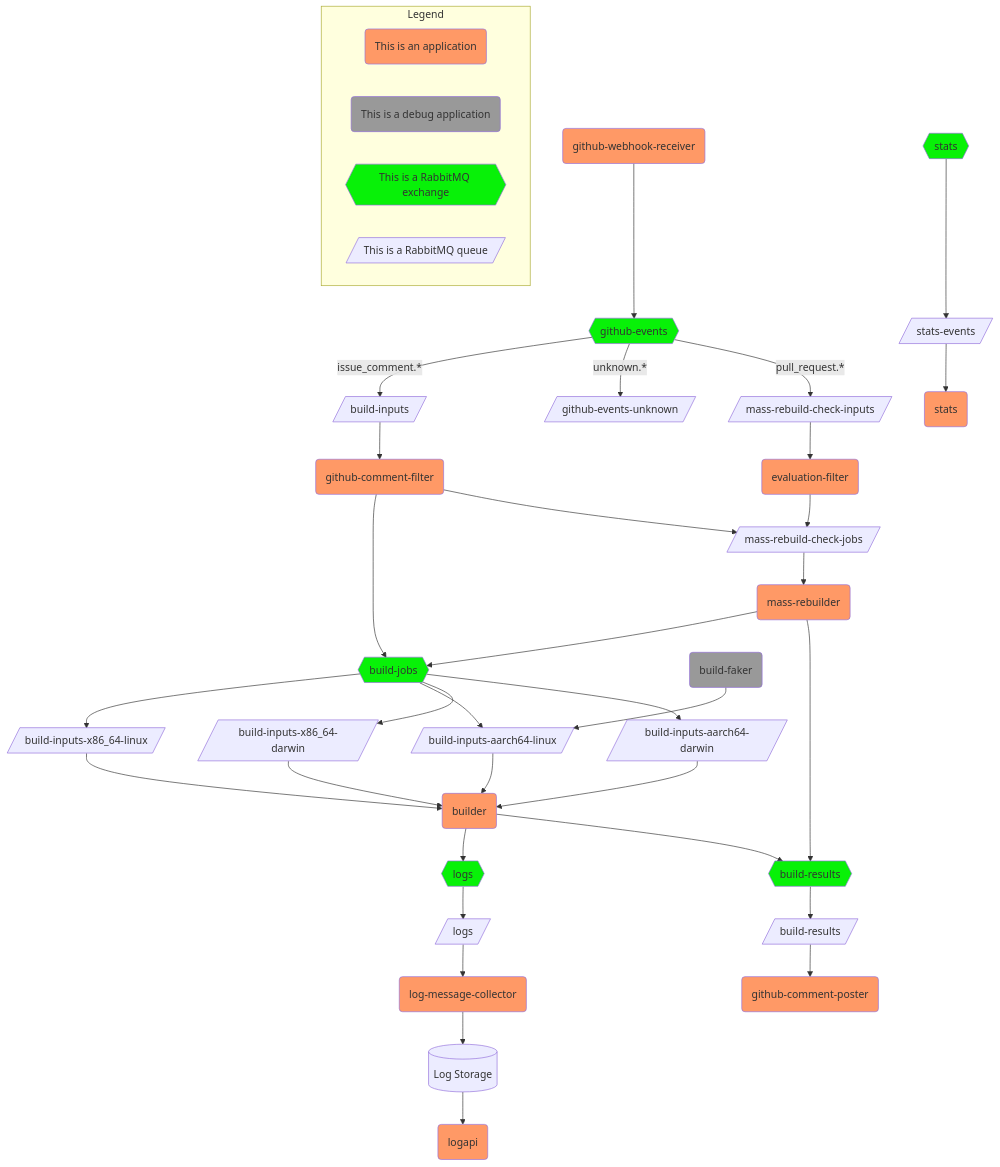
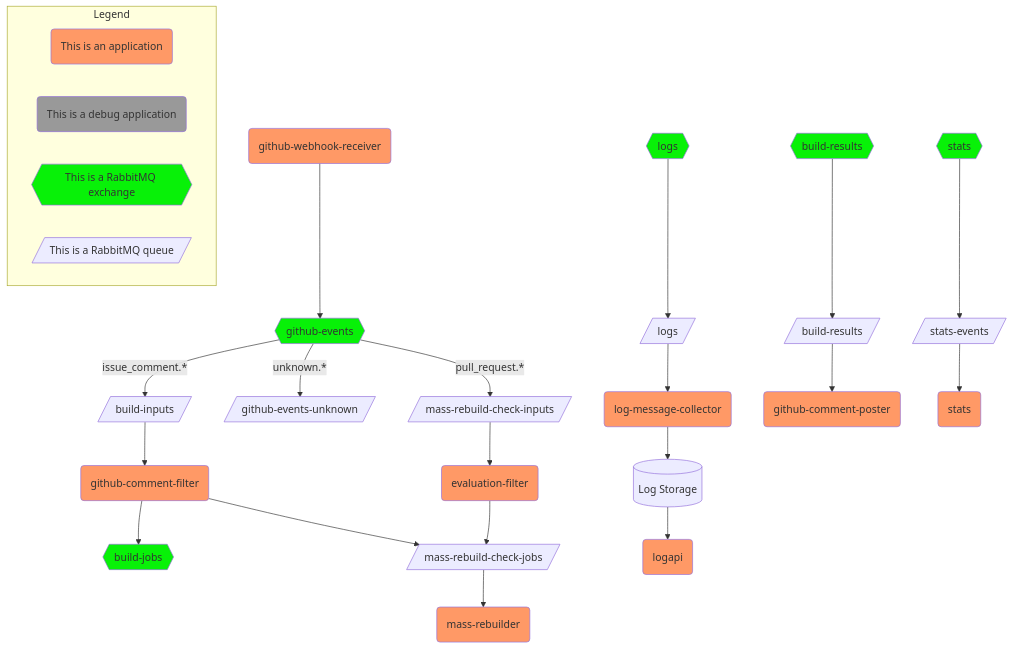
Before and after one commit to helsinki-systems/ofborg: the diagram in Architecture.md, drawn with Mermaid. The commit also changed other lines of this file and 10 other files, not shown here.

````diff
--- a/Architecture.md
+++ b/Architecture.md
@@ -172,73 +143,54 @@
 ```mermaid
 graph
   classDef component fill:#f96
   classDef debug fill:#999999
   classDef exc fill:#08f108
 
   subgraph Legend
     app-example(This is an application):::component
     debug-example(This is a debug application):::debug
     exchange-example{{This is a RabbitMQ exchange}}:::exc
     queue-example[/This is a RabbitMQ queue/]
   end
 
   github-webhook-receiver(github-webhook-receiver):::component
   github-events{{github-events}}:::exc
   build-inputs[/build-inputs/]
   github-events-unknown[/github-events-unknown/]
   mass-rebuild-check-inputs[/mass-rebuild-check-inputs/]
   github-comment-filter(github-comment-filter):::component
   build-jobs{{build-jobs}}:::exc
   evaluation-filter(evaluation-filter):::component
   mass-rebuild-check-jobs[/mass-rebuild-check-jobs/]
   mass-rebuilder(mass-rebuilder):::component
-  build-inputs-x86_64-linux[/build-inputs-x86_64-linux/]
-  build-inputs-aarch64-linux[/build-inputs-aarch64-linux/]
-  build-inputs-x86_64-darwin[/build-inputs-x86_64-darwin/]
-  build-inputs-aarch64-darwin[/build-inputs-aarch64-darwin/]
-  builder(builder):::component
   logs{{logs}}:::exc
   logs-queue[/logs/]
   log-message-collector(log-message-collector):::component
   log-storage[(Log Storage)]
   logapi(logapi):::component
   build-results{{build-results}}:::exc
   build-results-queue[/build-results/]
   github-comment-poster(github-comment-poster):::component
   stats{{stats}}:::exc
   stats-events[/stats-events/]
   stats-rs(stats):::component
-  build-faker(build-faker):::debug
 
   github-webhook-receiver --> github-events
   github-events -->|issue_comment.*| build-inputs
   github-events -->|unknown.*| github-events-unknown
   github-events -->|pull_request.*| mass-rebuild-check-inputs
   build-inputs --> github-comment-filter
   github-comment-filter --> build-jobs
   github-comment-filter --> mass-rebuild-check-jobs
   mass-rebuild-check-inputs --> evaluation-filter
   evaluation-filter --> mass-rebuild-check-jobs
   mass-rebuild-check-jobs --> mass-rebuilder
-  mass-rebuilder --> build-jobs
-  mass-rebuilder --> build-results
-  build-jobs --> build-inputs-x86_64-linux
-  build-jobs --> build-inputs-aarch64-linux
-  build-jobs --> build-inputs-x86_64-darwin
-  build-jobs --> build-inputs-aarch64-darwin
-  build-inputs-x86_64-linux --> builder
-  build-inputs-aarch64-linux --> builder
-  build-inputs-x86_64-darwin --> builder
-  build-inputs-aarch64-darwin --> builder
-  builder --> logs
-  builder --> build-results
   logs --> logs-queue
   logs-queue --> log-message-collector
   log-message-collector --> log-storage
   log-storage --> logapi
   build-results --> build-results-queue
   build-results-queue --> github-comment-poster
   stats --> stats-events
   stats-events --> stats-rs
-  build-faker --> build-inputs-aarch64-linux
 ```
````
